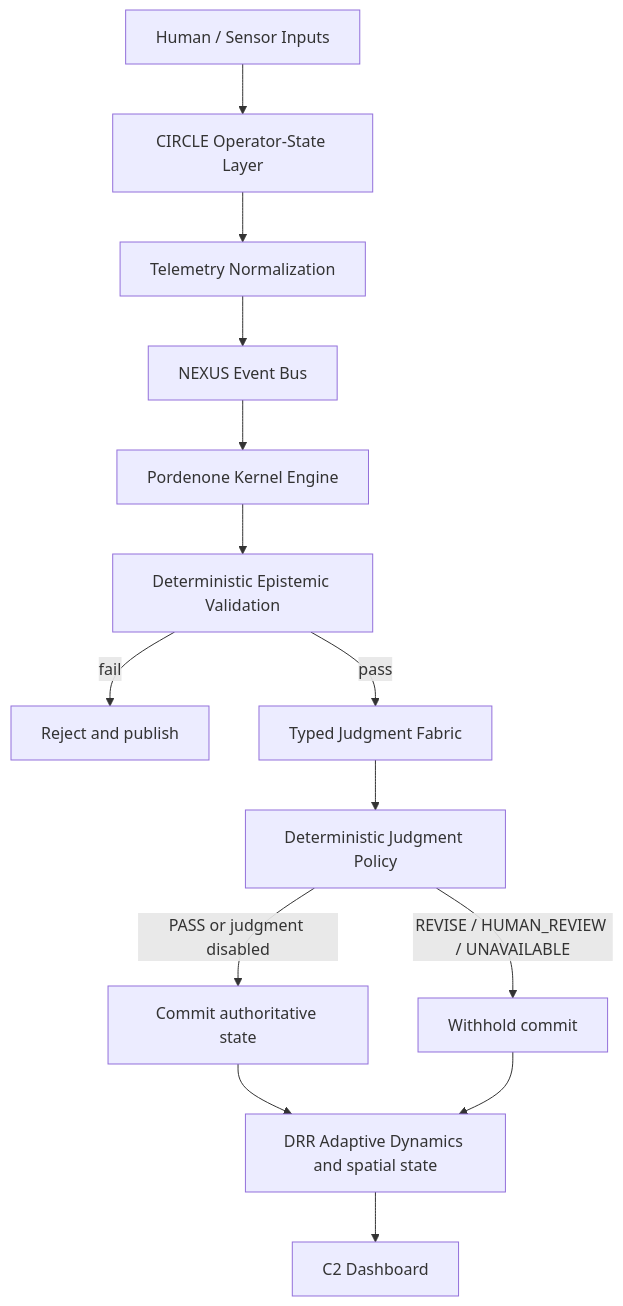
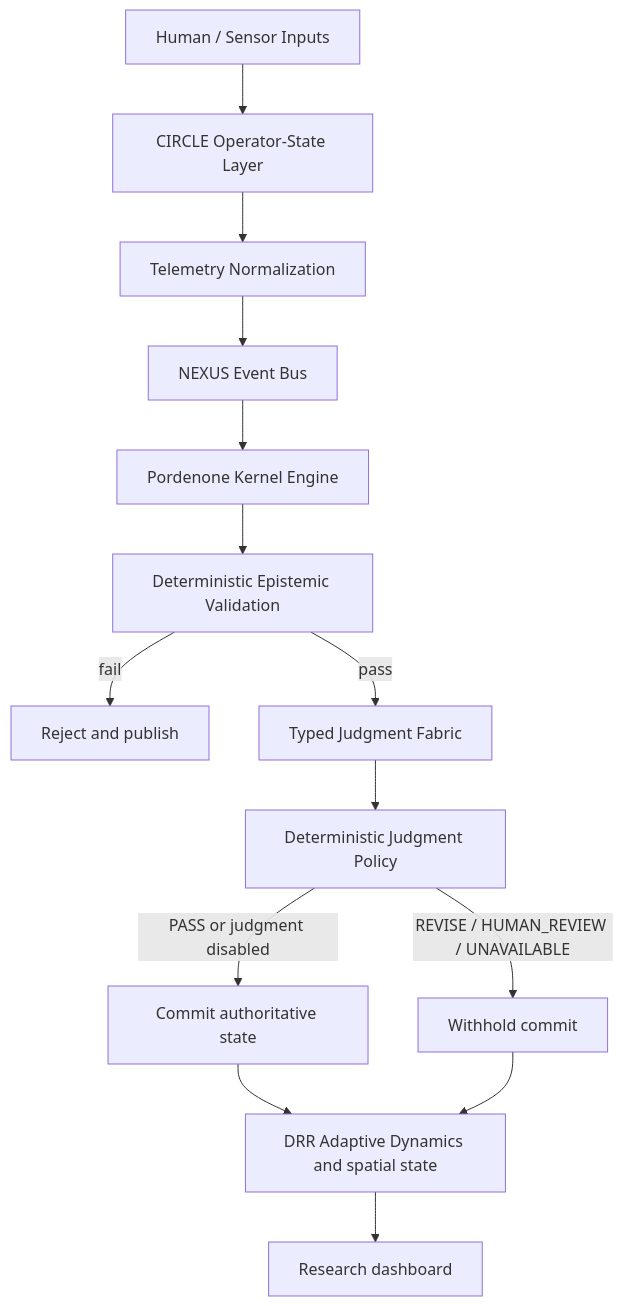
The diagram in docs/architecture.md (topherchris420/resonate-ai-mesh), drawn with Mermaid before and after one commit. The commit also changed other lines of this file and 25 other files, not shown here.

First line of the commit message:
License the research stack under MIT and test the dashboard.

````diff
--- a/docs/architecture.md
+++ b/docs/architecture.md
@@ -7,16 +7,16 @@
 ```mermaid
 graph TD
     A[Human / Sensor Inputs] --> B[CIRCLE Operator-State Layer]
     B --> C[Telemetry Normalization]
     C --> D[NEXUS Event Bus]
     D --> E[Pordenone Kernel Engine]
     E --> F[Deterministic Epistemic Validation]
     F -->|fail| R[Reject and publish]
     F -->|pass| TJ[Typed Judgment Fabric]
     TJ --> P[Deterministic Judgment Policy]
     P -->|PASS or judgment disabled| G[Commit authoritative state]
     P -->|REVISE / HUMAN_REVIEW / UNAVAILABLE| W[Withhold commit]
     G --> H[DRR Adaptive Dynamics and spatial state]
     W --> H
-    H --> J[C2 Dashboard]
+    H --> J[Research dashboard]
 ```
````
